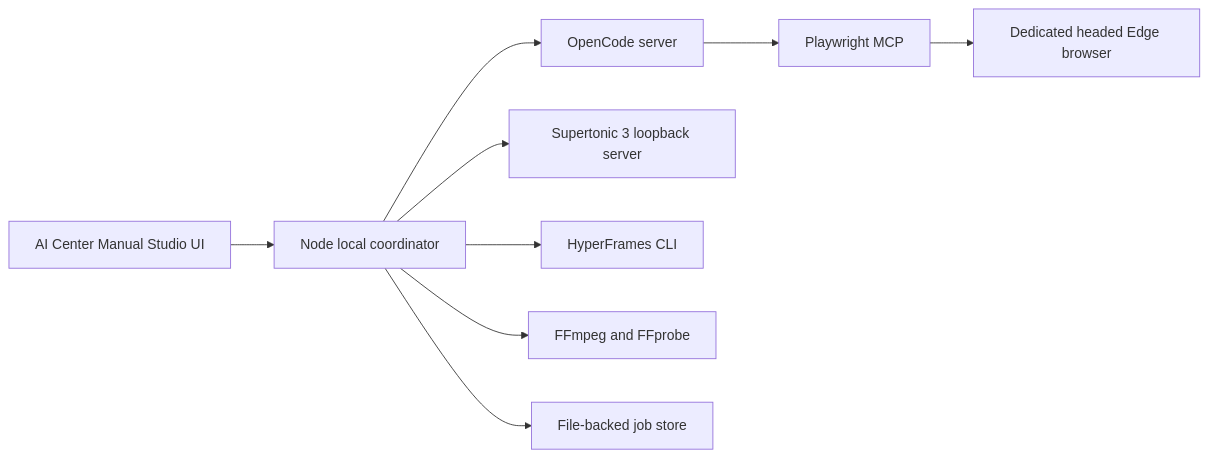
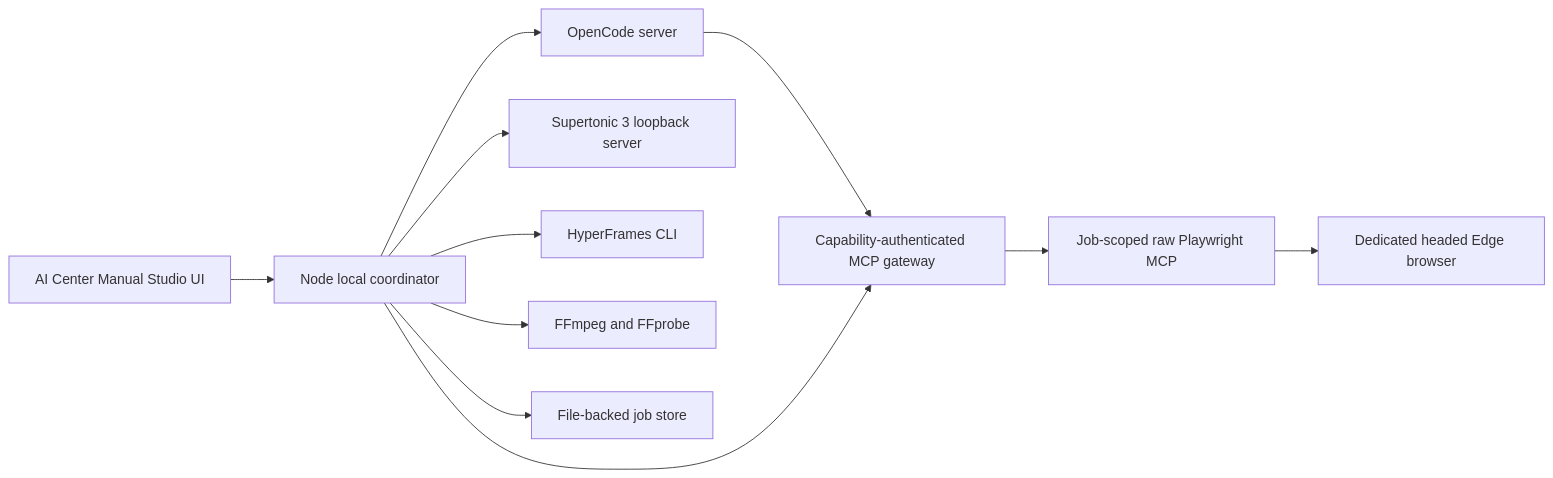
One commit to flybywind2/manual_video_generator changed the first of 2 diagrams in docs/plans/2026-07-14-opencode-manual-video-studio-design.md. Above: the diagram before and after it, drawn with Mermaid. The commit also changed other lines of this file and 17 other files, not shown here.

````diff
--- a/docs/plans/2026-07-14-opencode-manual-video-studio-design.md
+++ b/docs/plans/2026-07-14-opencode-manual-video-studio-design.md
@@ -40,11 +40,13 @@
 ```mermaid
 flowchart LR
     UI["AI Center Manual Studio UI"] --> N["Node local coordinator"]
     N --> O["OpenCode server"]
-    O --> P["Playwright MCP"]
+    O --> G["Capability-authenticated MCP gateway"]
+    N --> G
+    G --> P["Job-scoped raw Playwright MCP"]
     P --> B["Dedicated headed Edge browser"]
     N --> S["Supertonic 3 loopback server"]
     N --> H["HyperFrames CLI"]
     N --> F["FFmpeg and FFprobe"]
     N --> J["File-backed job store"]
 ```
````
